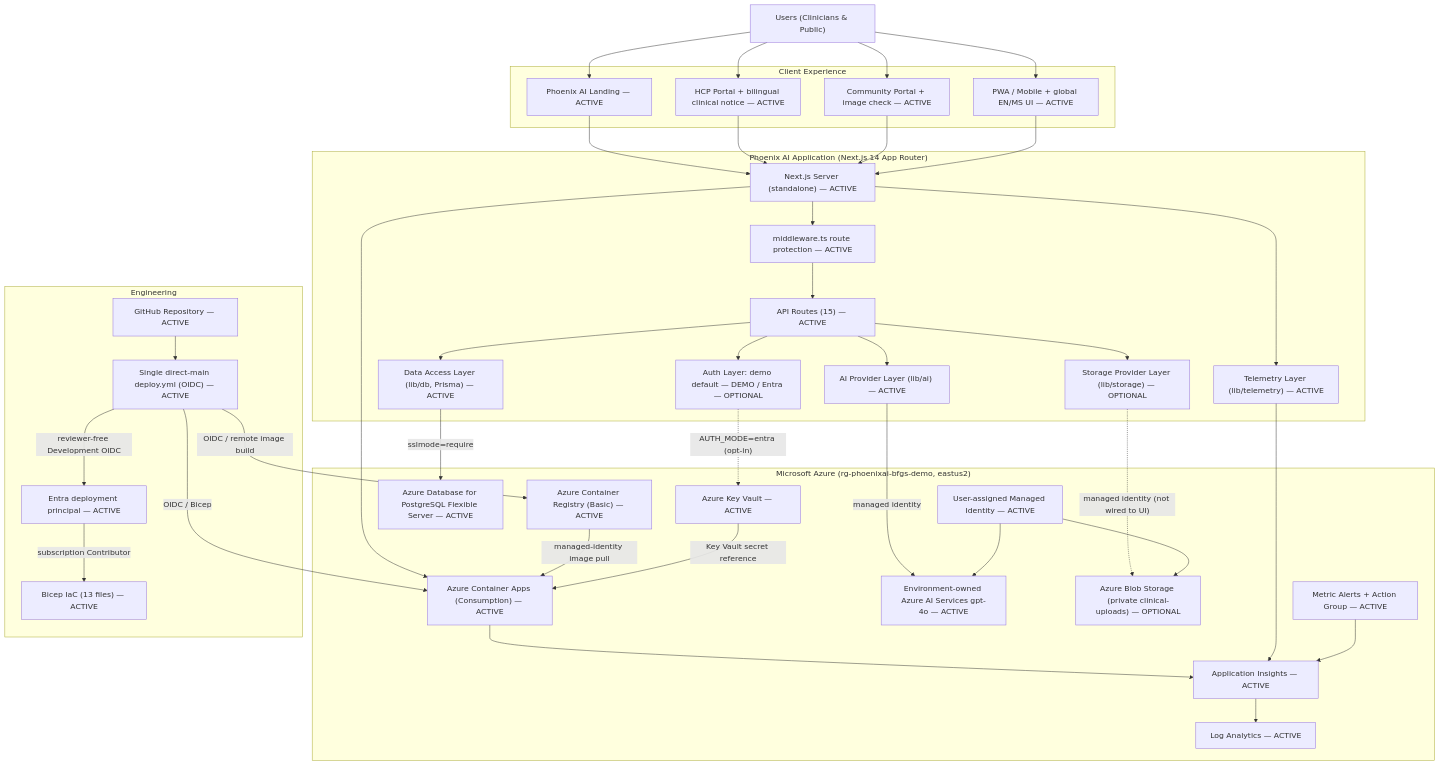
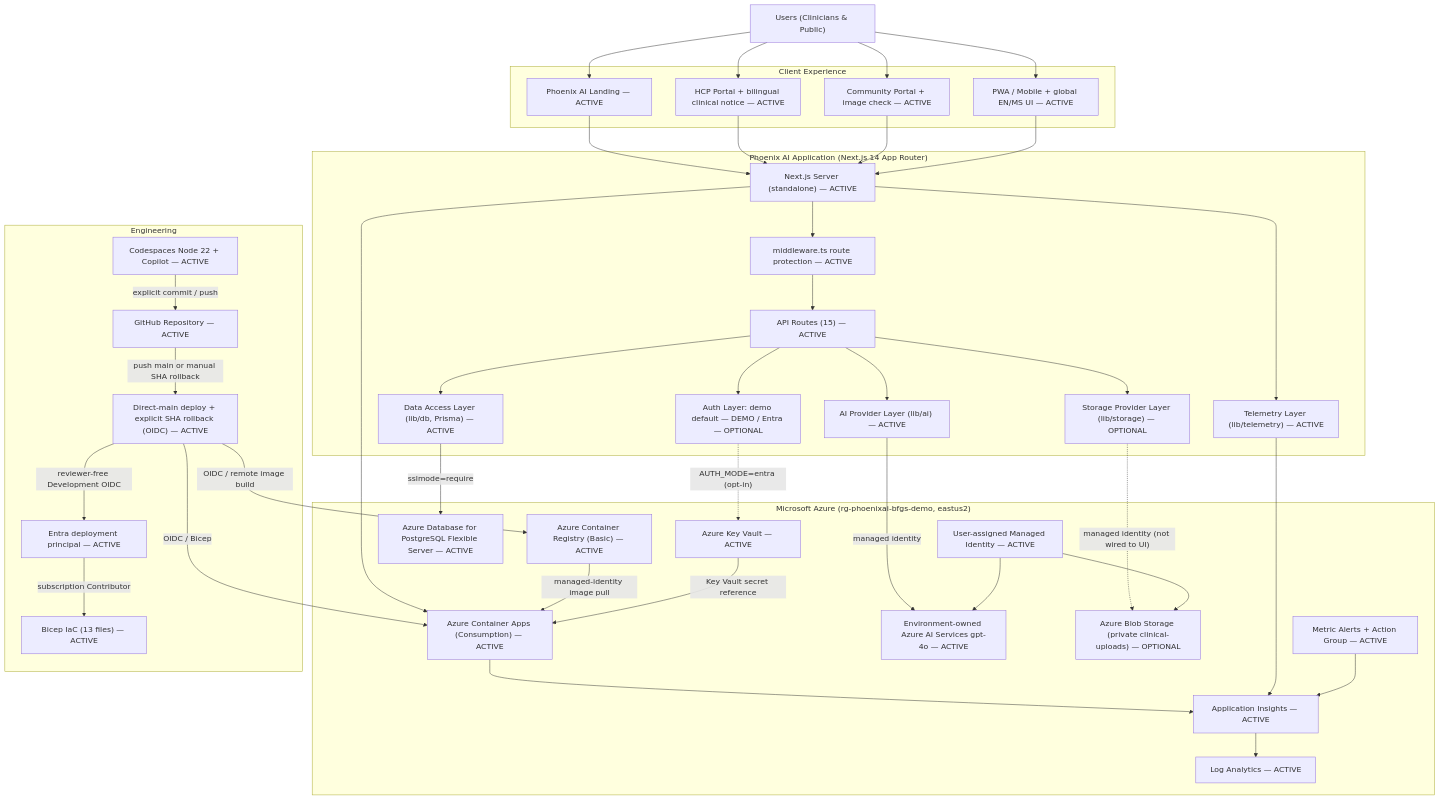
The diagram in docs/architecture/current-architecture.md (polyfuze4336-bot/phoenix-ai-azure), drawn with Mermaid before and after one commit. The commit also changed other lines of this file and 23 other files, not shown here.

Commit message:
feat: optimize Codespaces delivery and rollback

```diff
--- a/docs/architecture/current-architecture.md
+++ b/docs/architecture/current-architecture.md
@@ -87,8 +88,9 @@
     end
 
     subgraph DEVOPS["Engineering"]
+        Codespaces["Codespaces Node 22 + Copilot — ACTIVE"]
         GitHub["GitHub Repository — ACTIVE"]
-        Actions["Single direct-main deploy.yml (OIDC) — ACTIVE"]
+        Actions["Direct-main deploy + explicit SHA rollback (OIDC) — ACTIVE"]
         DeployIdentity["Entra deployment principal — ACTIVE"]
         Bicep["Bicep IaC (13 files) — ACTIVE"]
     end
@@ -126,7 +128,8 @@
     MI --> Foundry
     MI --> Blob
 
-    GitHub --> Actions
+    Codespaces -->|"explicit commit / push"| GitHub
+    GitHub -->|"push main or manual SHA rollback"| Actions
     Actions -->|"reviewer-free Development OIDC"| DeployIdentity
     DeployIdentity -->|"subscription Contributor"| Bicep
     Actions -->|"OIDC / remote image build"| ACR
```
